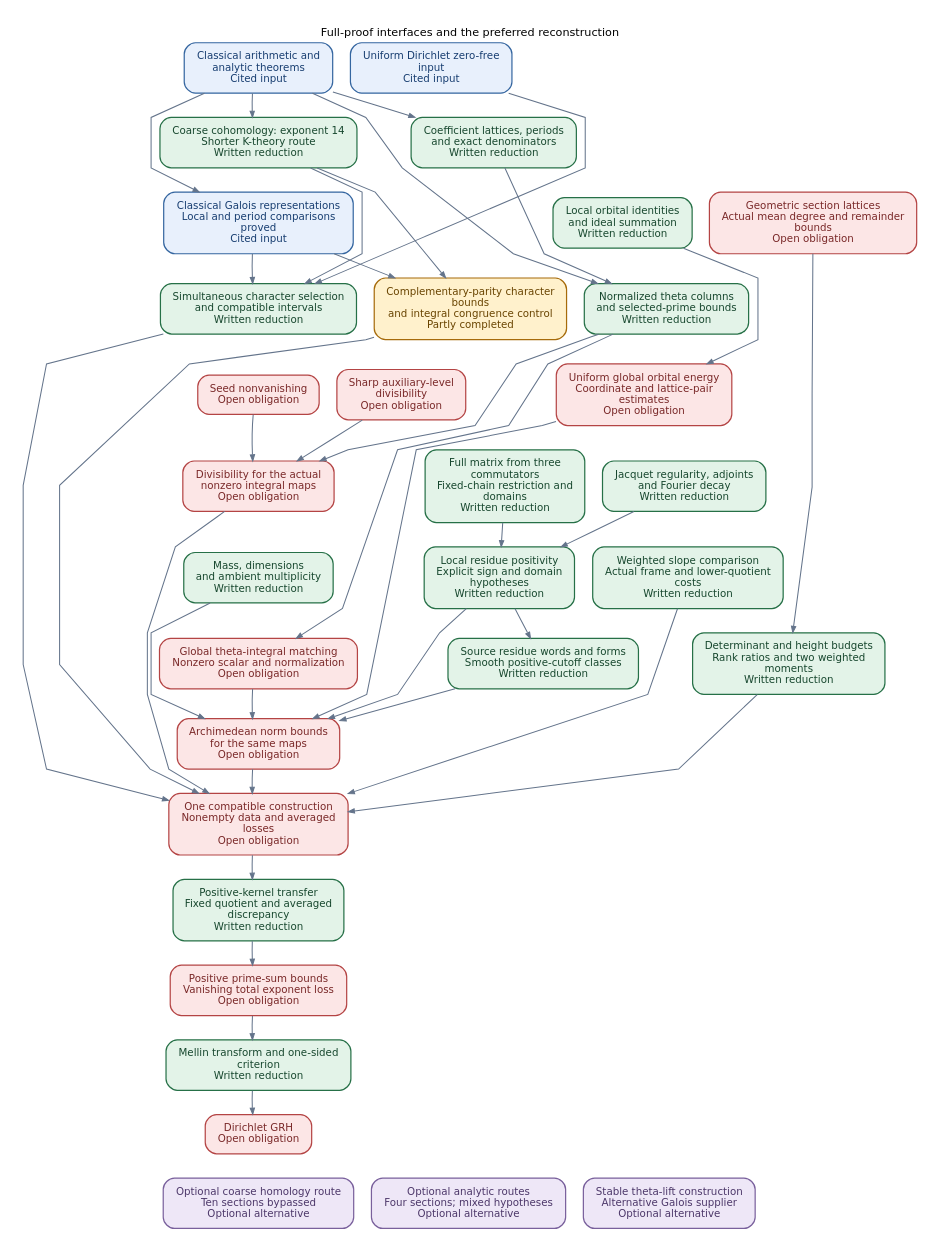
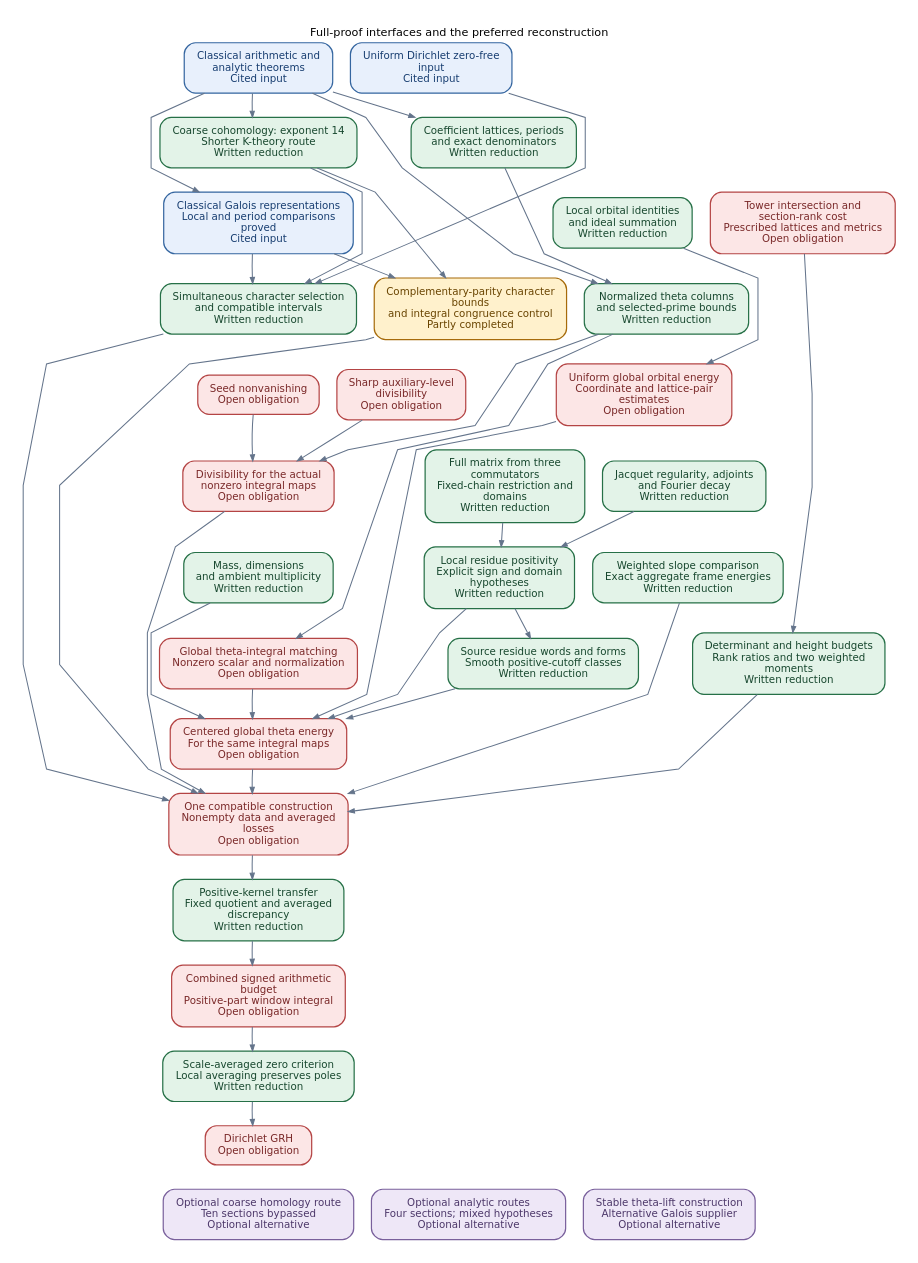
One commit to JoseBrox/GRH_distillation changed the diagram in blueprint/technical.dot. Above: the diagram before and after it, drawn with Graphviz. The commit also changed 47 other files, not shown here.

Commit message:
Integrate averaged criteria, geometric reductions and seven-page guide

```diff
--- a/blueprint/technical.dot
+++ b/blueprint/technical.dot
@@ -1,119 +1,119 @@
 digraph proof {
 graph [rankdir=TB, bgcolor="white", pad="0.24", nodesep="0.30", ranksep="0.48",
   fontname="DejaVu Sans", fontsize=12, labelloc=t, label="Full-proof interfaces and the preferred reconstruction", splines=polyline];
 node [shape=box, style="rounded,filled", fontname="DejaVu Sans", fontsize=11,
   margin="0.18,0.12", penwidth=1.3];
 edge [color="#64748B", penwidth=1.1, arrowsize=0.65];
 graph [nodesep="0.26", ranksep="0.36"];
 "qrh" [label="Uniform Dirichlet zero-free\ninput\nCited input", fillcolor="#E8F0FC", color="#3566A0", fontcolor="#173D70"];
 "classical" [label="Classical arithmetic and\nanalytic theorems\nCited input", fillcolor="#E8F0FC", color="#3566A0", fontcolor="#173D70"];
 "selection" [label="Simultaneous character selection\nand compatible intervals\nWritten reduction", fillcolor="#E3F3E8", color="#267047", fontcolor="#17472E"];
 "coarse" [label="Coarse cohomology: exponent 14\nShorter K-theory route\nWritten reduction", fillcolor="#E3F3E8", color="#267047", fontcolor="#17472E"];
 "refined" [label="Complementary-parity character\nbounds\nand integral congruence control\nPartly completed", fillcolor="#FFF1CC", color="#A66B0B", fontcolor="#694400"];
 "coefficients" [label="Coefficient lattices, periods\nand exact denominators\nWritten reduction", fillcolor="#E3F3E8", color="#267047", fontcolor="#17472E"];
 "theta" [label="Normalized theta columns\nand selected-prime bounds\nWritten reduction", fillcolor="#E3F3E8", color="#267047", fontcolor="#17472E"];
 "seed" [label="Seed nonvanishing\nOpen obligation", fillcolor="#FCE6E6", color="#B44444", fontcolor="#792828"];
 "level" [label="Sharp auxiliary-level\ndivisibility\nOpen obligation", fillcolor="#FCE6E6", color="#B44444", fontcolor="#792828"];
 "divisibility" [label="Divisibility for the actual\nnonzero integral maps\nOpen obligation", fillcolor="#FCE6E6", color="#B44444", fontcolor="#792828"];
 "local_orbits" [label="Local orbital identities\nand ideal summation\nWritten reduction", fillcolor="#E3F3E8", color="#267047", fontcolor="#17472E"];
 "global_orbits" [label="Uniform global orbital energy\nCoordinate and lattice-pair\nestimates\nOpen obligation", fillcolor="#FCE6E6", color="#B44444", fontcolor="#792828"];
 "dimensions" [label="Mass, dimensions\nand ambient multiplicity\nWritten reduction", fillcolor="#E3F3E8", color="#267047", fontcolor="#17472E"];
 "matrix" [label="Full matrix from three\ncommutators\nFixed-chain restriction and\ndomains\nWritten reduction", fillcolor="#E3F3E8", color="#267047", fontcolor="#17472E"];
 "jacquet" [label="Jacquet regularity, adjoints\nand Fourier decay\nWritten reduction", fillcolor="#E3F3E8", color="#267047", fontcolor="#17472E"];
 "residue" [label="Local residue positivity\nExplicit sign and domain\nhypotheses\nWritten reduction", fillcolor="#E3F3E8", color="#267047", fontcolor="#17472E"];
-"norms" [label="Archimedean norm bounds\nfor the same maps\nOpen obligation", fillcolor="#FCE6E6", color="#B44444", fontcolor="#792828"];
-"slope" [label="Weighted slope comparison\nActual frame and lower-quotient\ncosts\nWritten reduction", fillcolor="#E3F3E8", color="#267047", fontcolor="#17472E"];
+"norms" [label="Centered global theta energy\nFor the same integral maps\nOpen obligation", fillcolor="#FCE6E6", color="#B44444", fontcolor="#792828"];
+"slope" [label="Weighted slope comparison\nExact aggregate frame energies\nWritten reduction", fillcolor="#E3F3E8", color="#267047", fontcolor="#17472E"];
 "compatible" [label="One compatible construction\nNonempty data and averaged\nlosses\nOpen obligation", fillcolor="#FCE6E6", color="#B44444", fontcolor="#792828"];
-"bound" [label="Positive prime-sum bounds\nVanishing total exponent loss\nOpen obligation", fillcolor="#FCE6E6", color="#B44444", fontcolor="#792828"];
-"criterion" [label="Mellin transform and one-sided\ncriterion\nWritten reduction", fillcolor="#E3F3E8", color="#267047", fontcolor="#17472E"];
+"bound" [label="Combined signed arithmetic\nbudget\nPositive-part window integral\nOpen obligation", fillcolor="#FCE6E6", color="#B44444", fontcolor="#792828"];
+"criterion" [label="Scale-averaged zero criterion\nLocal averaging preserves poles\nWritten reduction", fillcolor="#E3F3E8", color="#267047", fontcolor="#17472E"];
 "grh" [label="Dirichlet GRH\nOpen obligation", fillcolor="#FCE6E6", color="#B44444", fontcolor="#792828"];
 "alt_homology" [label="Optional coarse homology route\nTen sections bypassed\nOptional alternative", fillcolor="#EEE7F7", color="#79609C", fontcolor="#4C3769"];
 "alt_analytic" [label="Optional analytic routes\nFour sections; mixed hypotheses\nOptional alternative", fillcolor="#EEE7F7", color="#79609C", fontcolor="#4C3769"];
 "galois" [label="Classical Galois representations\nLocal and period comparisons\nproved\nCited input", fillcolor="#E8F0FC", color="#3566A0", fontcolor="#173D70"];
 "stable_lift" [label="Stable theta-lift construction\nAlternative Galois supplier\nOptional alternative", fillcolor="#EEE7F7", color="#79609C", fontcolor="#4C3769"];
 "theta_identity" [label="Global theta-integral matching\nNonzero scalar and normalization\nOpen obligation", fillcolor="#FCE6E6", color="#B44444", fontcolor="#792828"];
-"geometry" [label="Geometric section lattices\nActual mean degree and remainder\nbounds\nOpen obligation", fillcolor="#FCE6E6", color="#B44444", fontcolor="#792828"];
+"geometry" [label="Tower intersection and\nsection-rank cost\nPrescribed lattices and metrics\nOpen obligation", fillcolor="#FCE6E6", color="#B44444", fontcolor="#792828"];
 "source_dictionary" [label="Source residue words and forms\nSmooth positive-cutoff classes\nWritten reduction", fillcolor="#E3F3E8", color="#267047", fontcolor="#17472E"];
 "covolume_defect" [label="Determinant and height budgets\nRank ratios and two weighted\nmoments\nWritten reduction", fillcolor="#E3F3E8", color="#267047", fontcolor="#17472E"];
 "averaging" [label="Positive-kernel transfer\nFixed quotient and averaged\ndiscrepancy\nWritten reduction", fillcolor="#E3F3E8", color="#267047", fontcolor="#17472E"];
 "qrh" -> "selection";
 "classical" -> "coarse";
 "coarse" -> "selection";
 "coarse" -> "refined";
 "classical" -> "coefficients";
 "classical" -> "theta";
 "coefficients" -> "theta";
 "theta" -> "divisibility";
 "seed" -> "divisibility";
 "level" -> "divisibility";
 "local_orbits" -> "global_orbits";
 "global_orbits" -> "norms";
 "dimensions" -> "norms";
 "matrix" -> "residue";
 "jacquet" -> "residue";
 "residue" -> "norms";
 "selection" -> "compatible";
 "refined" -> "compatible";
 "divisibility" -> "compatible";
 "norms" -> "compatible";
 "slope" -> "compatible";
 "bound" -> "criterion";
 "criterion" -> "grh";
 "galois" -> "selection";
 "galois" -> "refined";
 "theta" -> "theta_identity";
 "theta_identity" -> "norms";
 "residue" -> "source_dictionary";
 "source_dictionary" -> "norms";
 "geometry" -> "covolume_defect";
 "covolume_defect" -> "compatible";
 "compatible" -> "averaging";
 "averaging" -> "bound";
 "classical" -> "galois";
 {rank=same; "classical"; "qrh";}
 {rank=same; "coarse"; "coefficients";}
 {rank=same; "galois"; "local_orbits"; "geometry";}
 {rank=same; "selection"; "refined"; "theta";}
 {rank=same; "seed"; "level"; "global_orbits";}
 {rank=same; "divisibility"; "matrix"; "jacquet";}
 {rank=same; "dimensions"; "residue"; "slope";}
 {rank=same; "theta_identity"; "source_dictionary"; "covolume_defect";}
 {rank=same; "norms";}
 {rank=same; "compatible";}
 {rank=same; "averaging";}
 {rank=same; "bound";}
 {rank=same; "criterion";}
 {rank=same; "grh";}
 {rank=same; "alt_homology"; "alt_analytic"; "stable_lift";}
 // Invisible edges below control layout only; they are not proof interfaces.
 "classical" -> "qrh" [style=invis, weight=50];
 "coarse" -> "coefficients" [style=invis, weight=50];
 "galois" -> "local_orbits" [style=invis, weight=50];
 "local_orbits" -> "geometry" [style=invis, weight=50];
 "selection" -> "refined" [style=invis, weight=50];
 "refined" -> "theta" [style=invis, weight=50];
 "seed" -> "level" [style=invis, weight=50];
 "level" -> "global_orbits" [style=invis, weight=50];
 "divisibility" -> "matrix" [style=invis, weight=50];
 "matrix" -> "jacquet" [style=invis, weight=50];
 "dimensions" -> "residue" [style=invis, weight=50];
 "residue" -> "slope" [style=invis, weight=50];
 "theta_identity" -> "source_dictionary" [style=invis, weight=50];
 "source_dictionary" -> "covolume_defect" [style=invis, weight=50];
 "alt_homology" -> "alt_analytic" [style=invis, weight=50];
 "alt_analytic" -> "stable_lift" [style=invis, weight=50];
 "classical" -> "coarse" [style=invis, weight=50];
 "coarse" -> "galois" [style=invis, weight=50];
 "galois" -> "selection" [style=invis, weight=50];
 "selection" -> "seed" [style=invis, weight=50];
 "seed" -> "divisibility" [style=invis, weight=50];
 "divisibility" -> "dimensions" [style=invis, weight=50];
 "dimensions" -> "theta_identity" [style=invis, weight=50];
 "theta_identity" -> "norms" [style=invis, weight=50];
 "norms" -> "compatible" [style=invis, weight=50];
 "compatible" -> "averaging" [style=invis, weight=50];
 "averaging" -> "bound" [style=invis, weight=50];
 "bound" -> "criterion" [style=invis, weight=50];
 "criterion" -> "grh" [style=invis, weight=50];
 "grh" -> "alt_homology" [style=invis, weight=50];
 }
```
